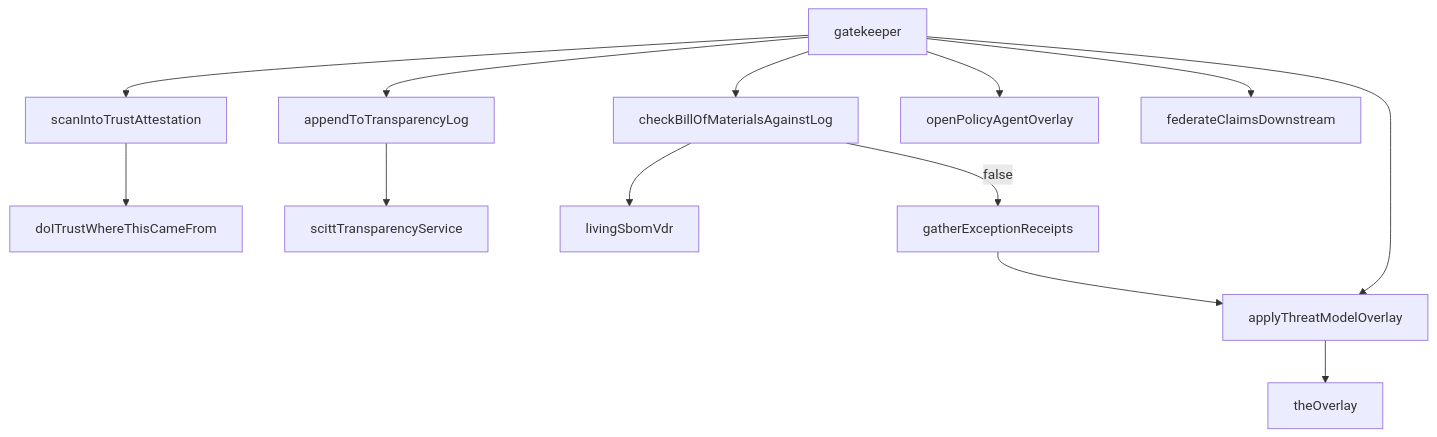
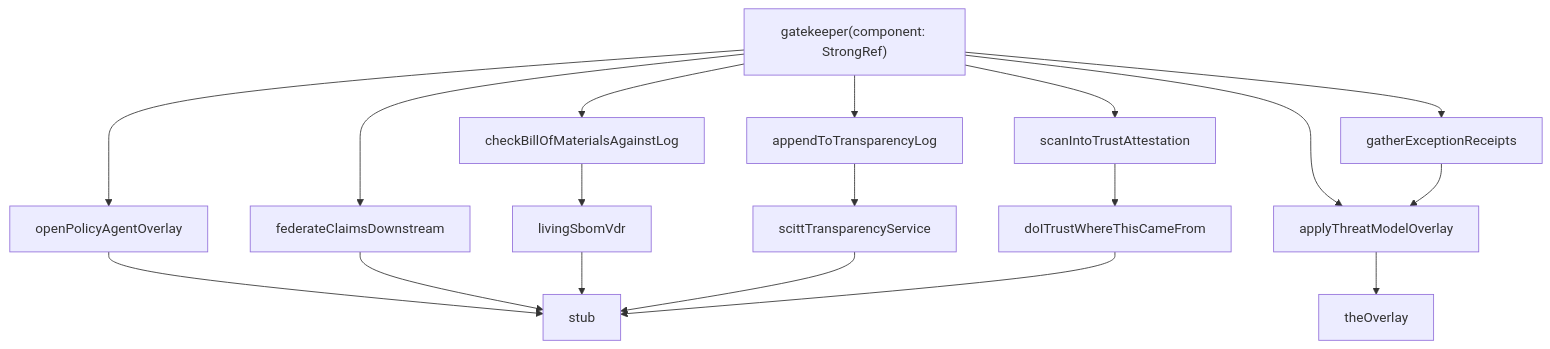
The fourth of 9 diagrams in ARCHITECTURE_REPORT.md (publicdomainrelay/open-architecture), drawn with Mermaid before and after one commit. The commit also changed other lines of this file and 3 other files, not shown here.

````diff
--- a/ARCHITECTURE_REPORT.md
+++ b/ARCHITECTURE_REPORT.md
@@ -253,15 +271,21 @@
 ```mermaid
 graph TD
-  gatekeeper --> scanIntoTrustAttestation
-  scanIntoTrustAttestation --> doITrustWhereThisCameFrom
-  gatekeeper --> appendToTransparencyLog
-  appendToTransparencyLog --> scittTransparencyService
-  gatekeeper --> checkBillOfMaterialsAgainstLog
-  checkBillOfMaterialsAgainstLog --> livingSbomVdr
-  checkBillOfMaterialsAgainstLog -->|false| gatherExceptionReceipts
-  gatherExceptionReceipts --> applyThreatModelOverlay
-  gatekeeper --> openPolicyAgentOverlay
-  gatekeeper --> applyThreatModelOverlay
-  applyThreatModelOverlay --> theOverlay
-  gatekeeper --> federateClaimsDownstream
+  gatekeeper["gatekeeper(component: StrongRef)"]
+  gatekeeper --> scan
+  gatekeeper --> append
+  gatekeeper --> check
+  gatekeeper --> gather
+  gatekeeper --> opa
+  gatekeeper --> applyTM
+  gatekeeper --> federate
+  scan["scanIntoTrustAttestation"] --> doTrust["doITrustWhereThisCameFrom"]
+  append["appendToTransparencyLog"] --> scitt["scittTransparencyService"]
+  check["checkBillOfMaterialsAgainstLog"] --> sbom["livingSbomVdr"]
+  gather["gatherExceptionReceipts"] --> applyTM
+  opa["openPolicyAgentOverlay"] --> stub
+  applyTM["applyThreatModelOverlay"] --> theOverlay
+  federate["federateClaimsDownstream"] --> stub
+  sbom --> stub
+  scitt --> stub
+  doTrust --> stub
 ```
````
